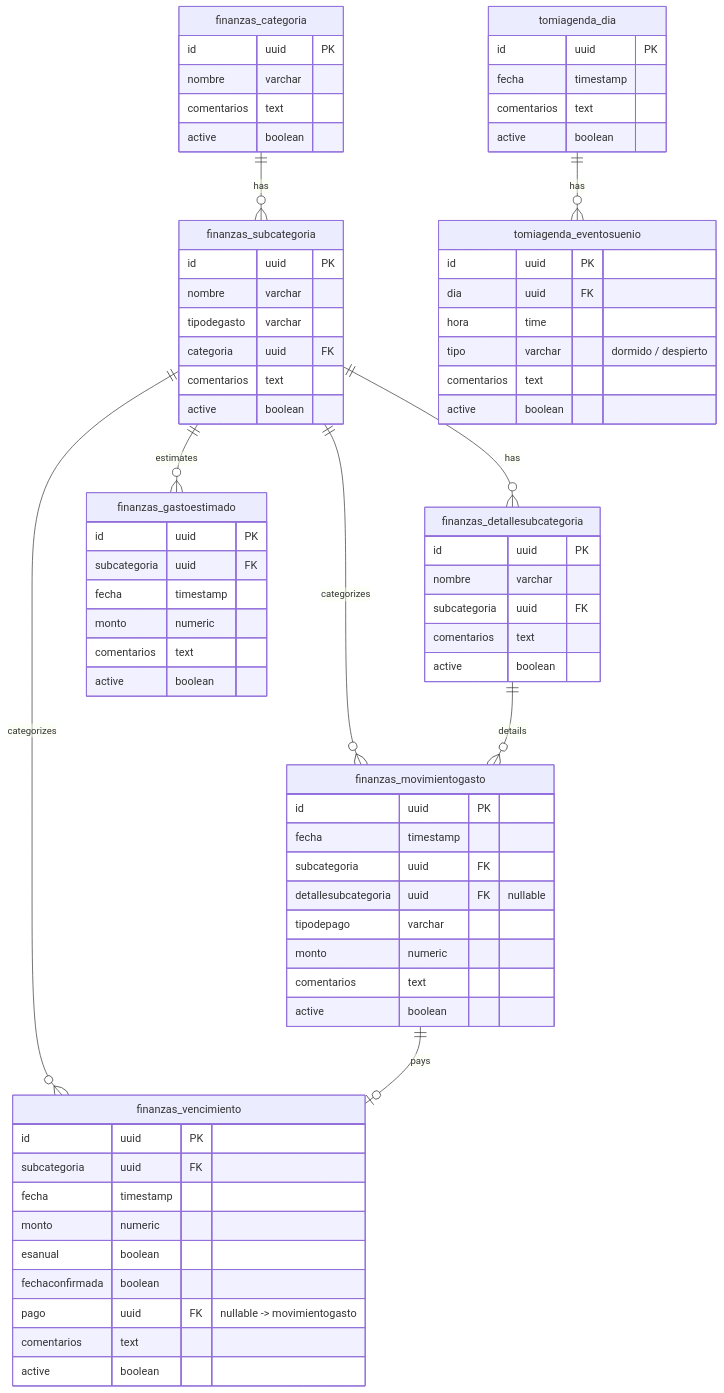
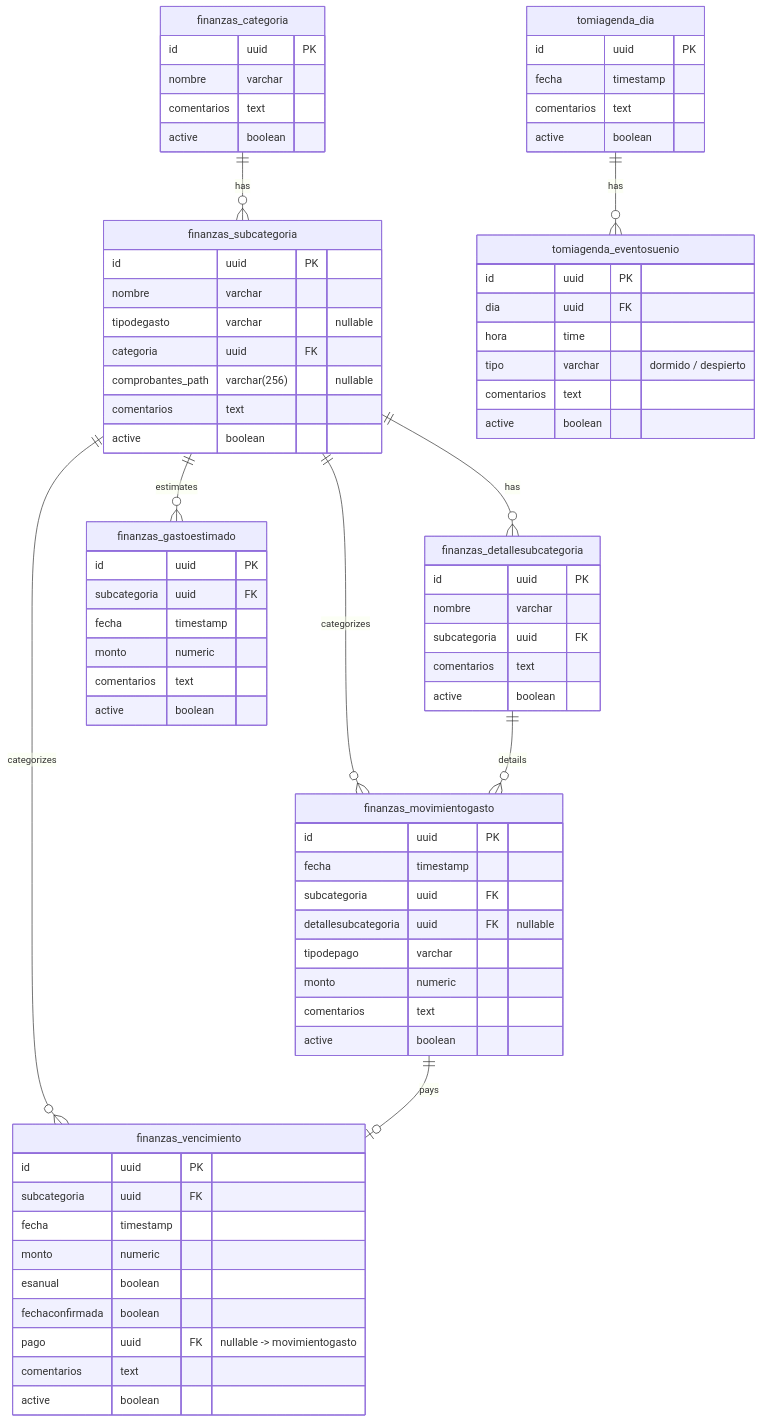
Before and after one commit to TomasNati/mis-gestiones: the second of 3 diagrams in docs/ECOSYSTEM_OVERVIEW.md, drawn with Mermaid. The commit also changed 1 other file, not shown here.

Commit message:
Actualizando tabla de subcategorias

````diff
--- a/docs/ECOSYSTEM_OVERVIEW.md
+++ b/docs/ECOSYSTEM_OVERVIEW.md
@@ -145,76 +145,77 @@
 ```mermaid
 erDiagram
     finanzas_categoria ||--o{ finanzas_subcategoria : "has"
     finanzas_subcategoria ||--o{ finanzas_detallesubcategoria : "has"
     finanzas_subcategoria ||--o{ finanzas_movimientogasto : "categorizes"
     finanzas_detallesubcategoria ||--o{ finanzas_movimientogasto : "details"
     finanzas_subcategoria ||--o{ finanzas_vencimiento : "categorizes"
     finanzas_subcategoria ||--o{ finanzas_gastoestimado : "estimates"
     finanzas_movimientogasto ||--o| finanzas_vencimiento : "pays"
     tomiagenda_dia ||--o{ tomiagenda_eventosuenio : "has"
 
     finanzas_categoria {
         id uuid PK
         nombre varchar
         comentarios text
         active boolean
     }
     finanzas_subcategoria {
         id uuid PK
         nombre varchar
-        tipodegasto varchar
+        tipodegasto varchar "nullable"
         categoria uuid FK
+        comprobantes_path varchar(256) "nullable"
         comentarios text
         active boolean
     }
     finanzas_detallesubcategoria {
         id uuid PK
         nombre varchar
         subcategoria uuid FK
         comentarios text
         active boolean
     }
     finanzas_movimientogasto {
         id uuid PK
         fecha timestamp
         subcategoria uuid FK
         detallesubcategoria uuid FK "nullable"
         tipodepago varchar
         monto numeric
         comentarios text
         active boolean
     }
     finanzas_vencimiento {
         id uuid PK
         subcategoria uuid FK
         fecha timestamp
         monto numeric
         esanual boolean
         fechaconfirmada boolean
         pago uuid FK "nullable -> movimientogasto"
         comentarios text
         active boolean
     }
     finanzas_gastoestimado {
         id uuid PK
         subcategoria uuid FK
         fecha timestamp
         monto numeric
         comentarios text
         active boolean
     }
     tomiagenda_dia {
         id uuid PK
         fecha timestamp
         comentarios text
         active boolean
     }
     tomiagenda_eventosuenio {
         id uuid PK
         dia uuid FK
         hora time
         tipo varchar "dormido / despierto"
         comentarios text
         active boolean
     }
 ```
````
